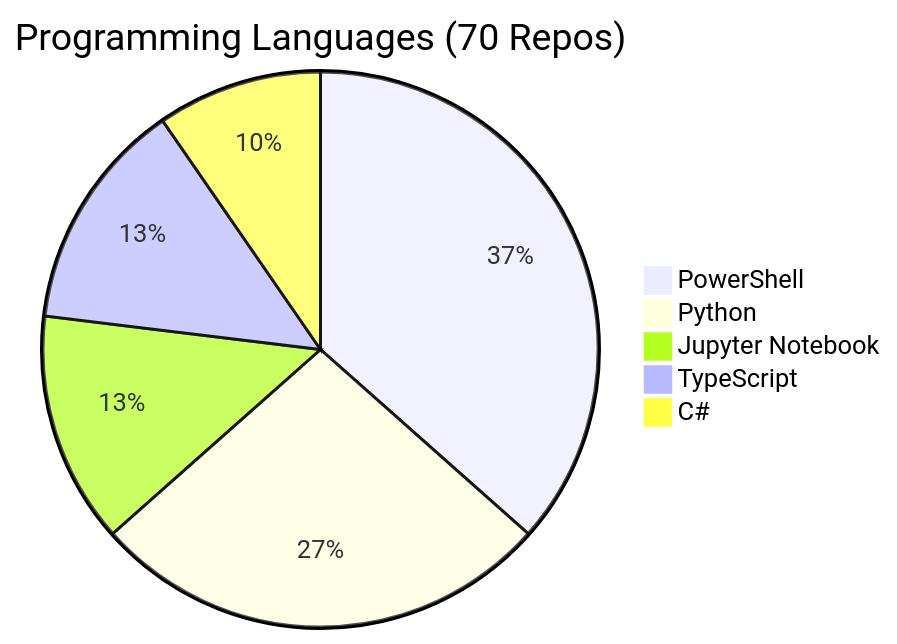
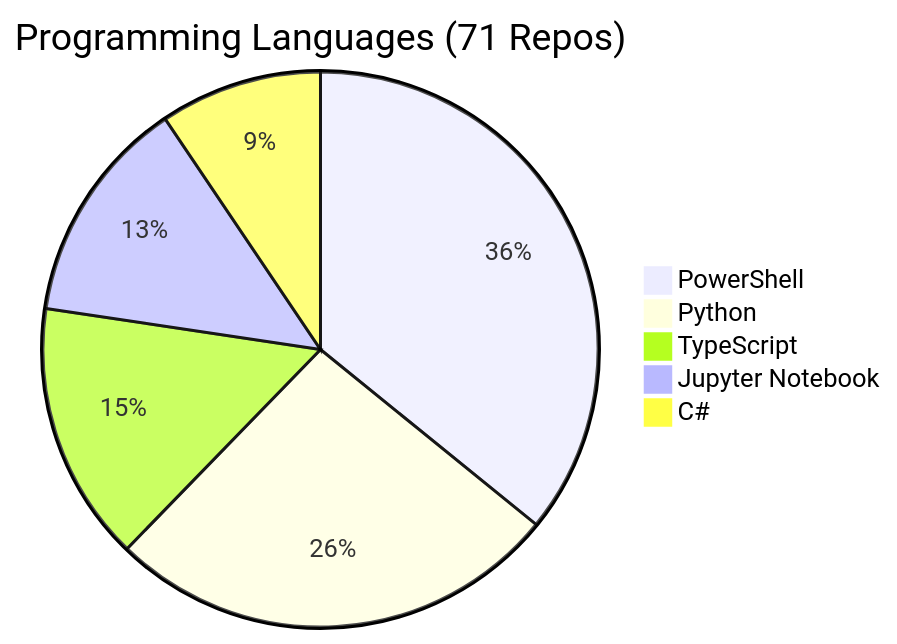
Before and after one commit to fabioc-aloha/fabioc-aloha: the diagram in REPOS.md, drawn with Mermaid. The commit also changed other lines of this file and 1 other file, not shown here.

````diff
--- a/REPOS.md
+++ b/REPOS.md
@@ -113,8 +114,8 @@
 ```mermaid
-pie title Programming Languages (70 Repos)
+pie title Programming Languages (71 Repos)
     "PowerShell" : 19
     "Python" : 14
+    "TypeScript" : 8
     "Jupyter Notebook" : 7
-    "TypeScript" : 7
     "C#" : 5
 ```
````
